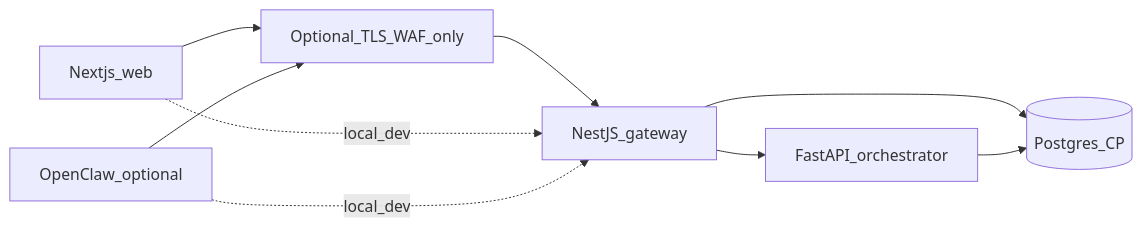
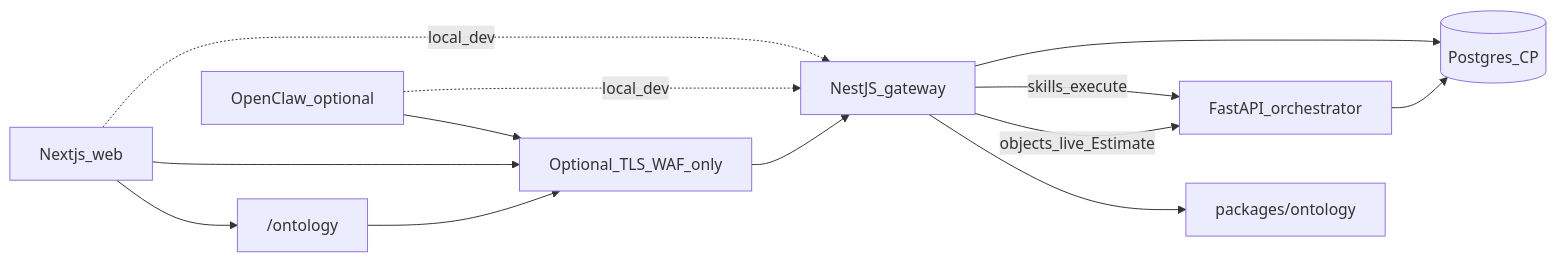
The first of 2 diagrams in docs/Development/platform-concerns.md (llanesleonardo/controlPanelErpOdoo), drawn with Mermaid before and after one commit. The commit also changed other lines of this file and 77 other files, not shown here.

First line of the commit message:
Ship Ontology Language with Schema, Explorer, Vertex, and process map.

````diff
--- a/docs/Development/platform-concerns.md
+++ b/docs/Development/platform-concerns.md
@@ -15,18 +15,24 @@
 ```mermaid
 flowchart LR
   Web[Nextjs_web]
+  OntoUI["/ontology"]
   Agent[OpenClaw_optional]
   Edge[Optional_TLS_WAF_only]
   Nest[NestJS_gateway]
+  OntoPkg[packages/ontology]
   Orch[FastAPI_orchestrator]
   PG[(Postgres_CP)]
 
+  Web --> OntoUI
+  OntoUI --> Edge
   Web --> Edge
   Agent --> Edge
   Edge --> Nest
   Web -.->|local_dev| Nest
   Agent -.->|local_dev| Nest
-  Nest --> Orch
+  Nest --> OntoPkg
+  Nest -->|objects_live_Estimate| Orch
+  Nest -->|skills_execute| Orch
   Nest --> PG
   Orch --> PG
 ```
````
